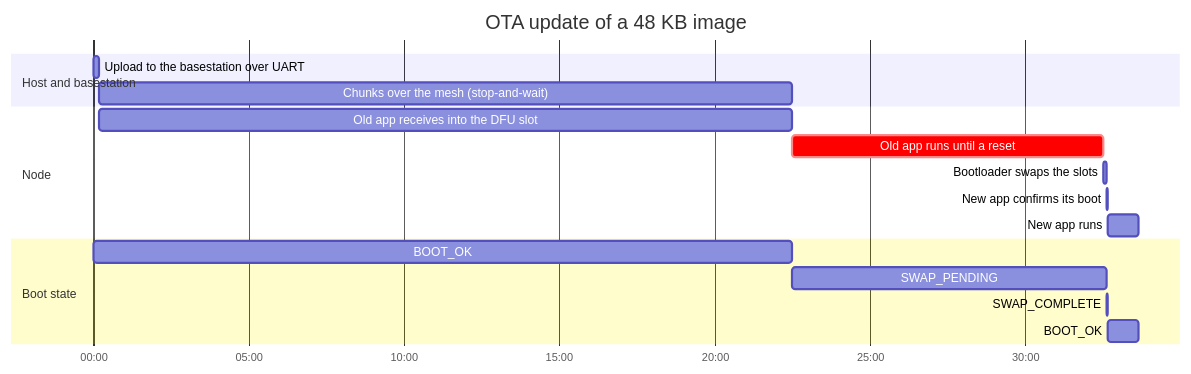
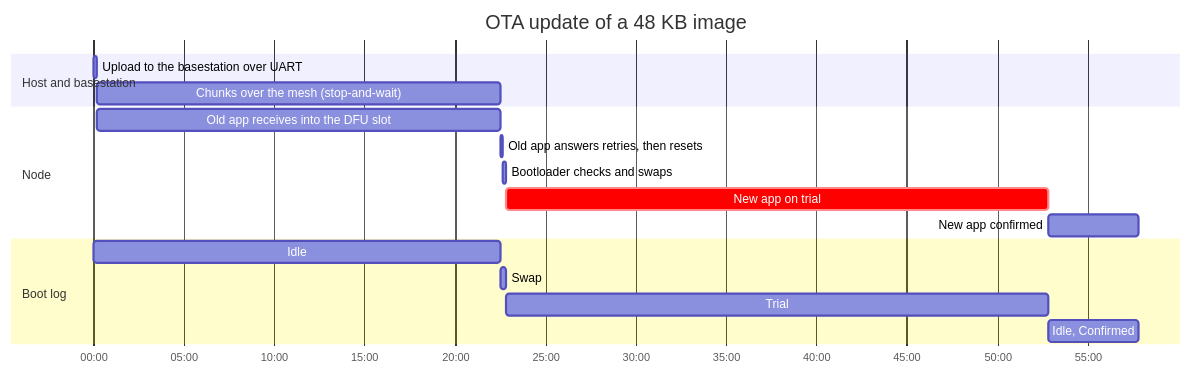
Before and after one commit to tmpk13/long-range-radio-rs: the fifth of 6 diagrams in ARCHITECTURE.md, drawn with Mermaid. The commit also changed other lines of this file and 9 other files, not shown here.

First line of the commit message:
Docs: the boot-state log, trial confirm, OTA reboot and the watchdogs

````diff
--- a/ARCHITECTURE.md
+++ b/ARCHITECTURE.md
@@ -187,21 +206,21 @@
 ```mermaid
 gantt
     title OTA update of a 48 KB image
     dateFormat mm:ss
     axisFormat %M:%S
     todayMarker off
     section Host and basestation
     Upload to the basestation over UART : 00:00, 10s
     Chunks over the mesh (stop-and-wait) : up, 00:10, 1340s
     section Node
     Old app receives into the DFU slot : 00:10, 1340s
-    Old app runs until a reset : crit, run, after up, 600s
-    Bootloader swaps the slots : swap, after run, 8s
-    New app confirms its boot : ok, after swap, 1s
-    New app runs : after ok, 60s
-    section Boot state
-    BOOT_OK : 00:00, 1350s
-    SWAP_PENDING : sp, after up, 608s
-    SWAP_COMPLETE : sc, after sp, 1s
-    BOOT_OK : after sc, 60s
+    Old app answers retries, then resets : wait, after up, 10s
+    Bootloader checks and swaps : swap, after wait, 9s
+    New app on trial : crit, trial, after swap, 1800s
+    New app confirmed : after trial, 300s
+    section Boot log
+    Idle : 00:00, 1350s
+    Swap : sp, after up, 19s
+    Trial : tr, after sp, 1800s
+    Idle, Confirmed : after tr, 300s
 ```
````
